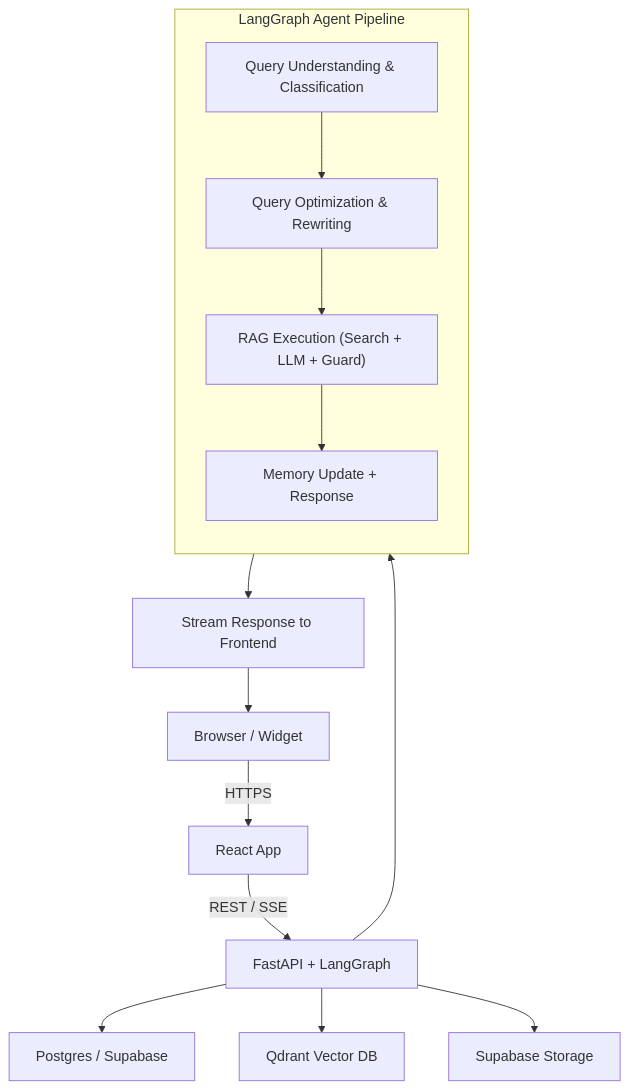
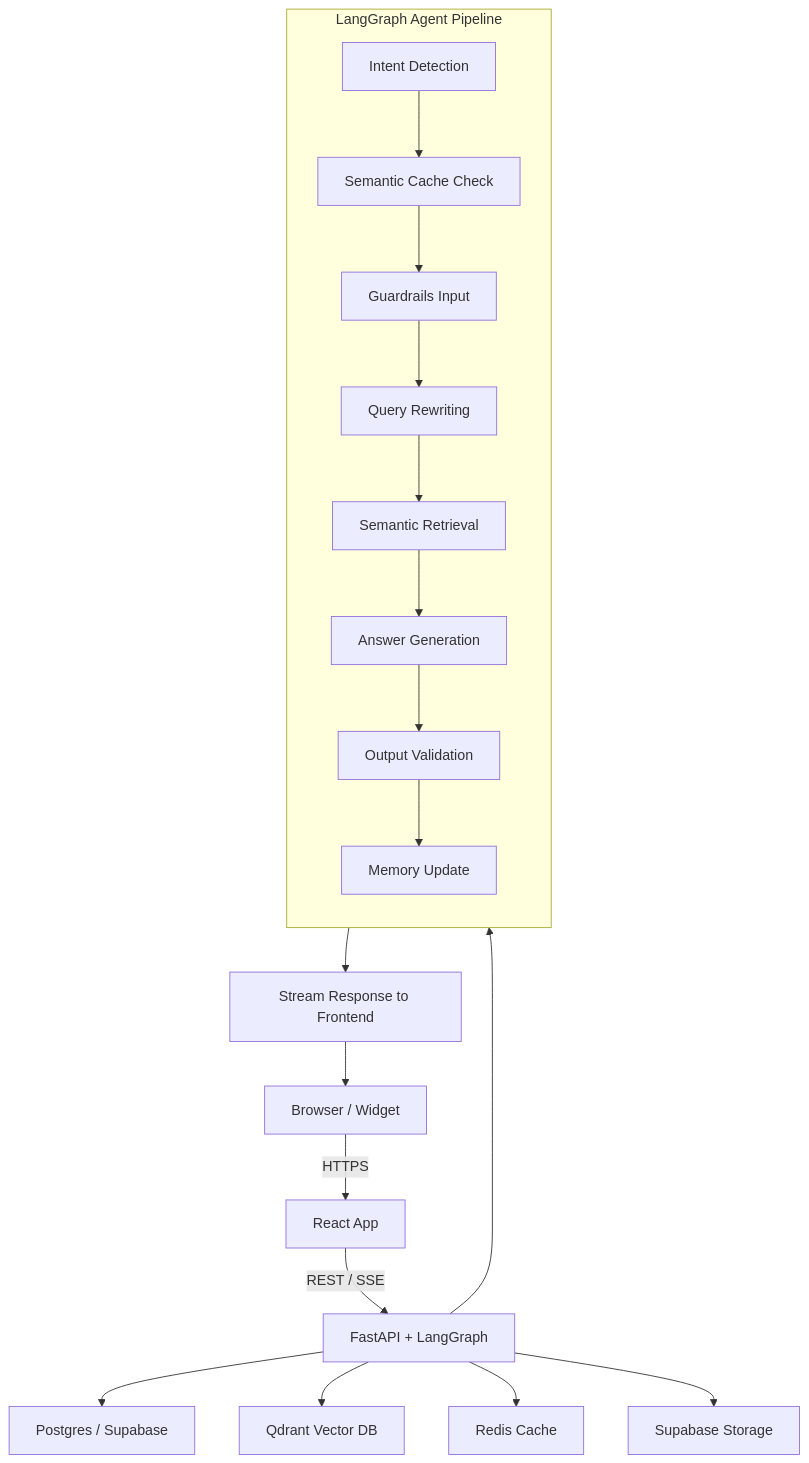
One commit to tuananhne1110/Cutru_chatbot changed the first of 2 diagrams in docs/Workflow.md. Above: the diagram before and after it, drawn with Mermaid. The commit also changed other lines of this file and 2 other files, not shown here.

````diff
--- a/docs/Workflow.md
+++ b/docs/Workflow.md
@@ -4,27 +4,32 @@
 ```mermaid
 graph TD
 
   %% Tầng giao diện người dùng chi tiết
   F1["Browser / Widget"] -->|HTTPS| F2["React App"] -->|REST / SSE| B1["FastAPI + LangGraph"]
 
   %% Dịch vụ phía sau
   B1 --> DB1["Postgres / Supabase"]
   B1 --> DB2["Qdrant Vector DB"]
-  B1 --> DB3["Supabase Storage"]
+  B1 --> DB3["Redis Cache"]
+  B1 --> DB4["Supabase Storage"]
 
   %% LangGraph Agent Pipeline
   B1 --> C1["LangGraph Agent Pipeline"]
 
   subgraph C1 ["LangGraph Agent Pipeline"]
     direction TB
-    C1A["Query Understanding & Classification"]
-    C1B["Query Optimization & Rewriting"]
-    C1C["RAG Execution (Search + LLM + Guard)"]
-    C1D["Memory Update + Response"]
+    C1A["Intent Detection"]
+    C1B["Semantic Cache Check"]
+    C1C["Guardrails Input"]
+    C1D["Query Rewriting"]
+    C1E["Semantic Retrieval"]
+    C1F["Answer Generation"]
+    C1G["Output Validation"]
+    C1H["Memory Update"]
     
-    C1A --> C1B --> C1C --> C1D
+    C1A --> C1B --> C1C --> C1D --> C1E --> C1F --> C1G --> C1H
   end
 
   %% Output
-  C1D --> D1["Stream Response to Frontend"] --> F1
+  C1H --> D1["Stream Response to Frontend"] --> F1
 ```
````
